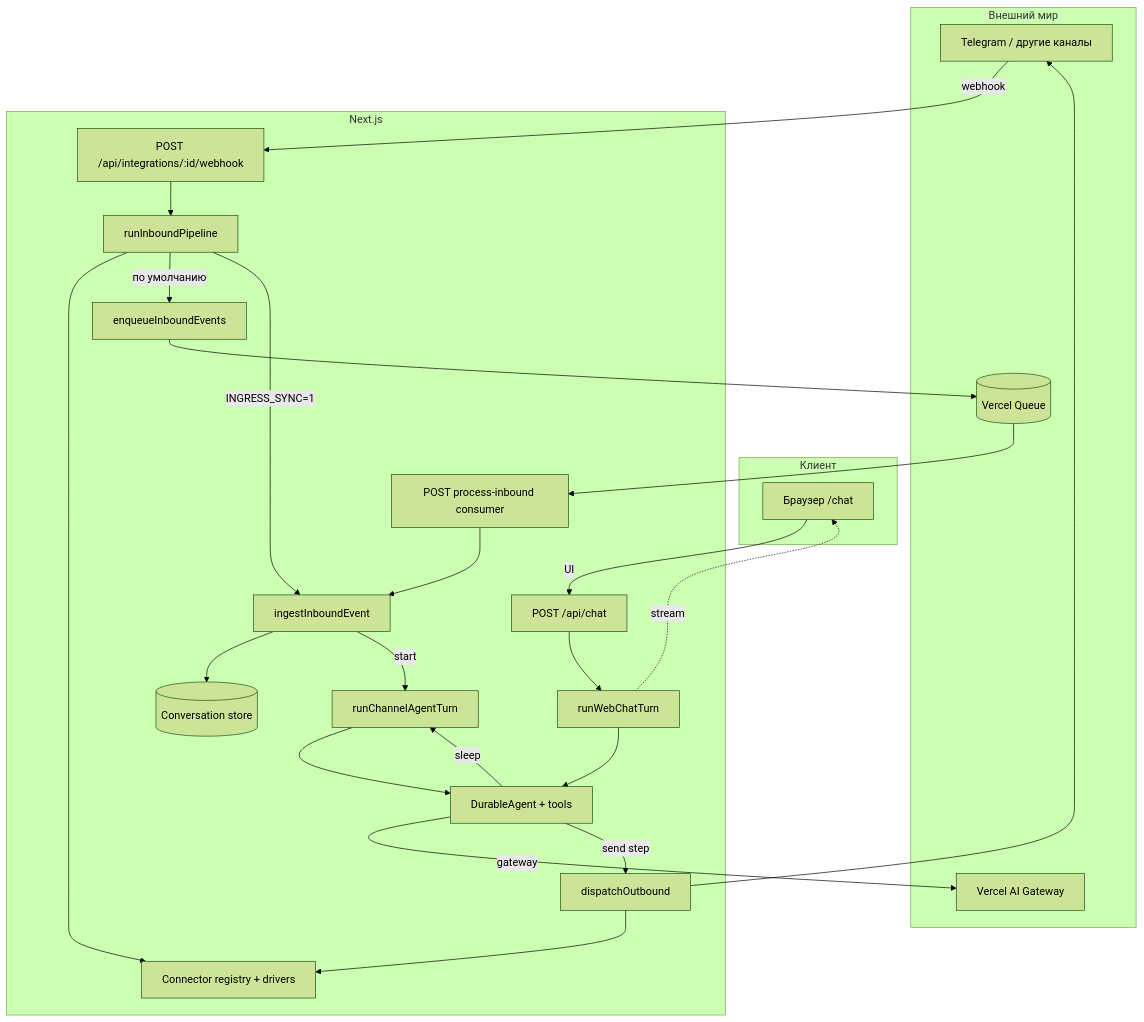
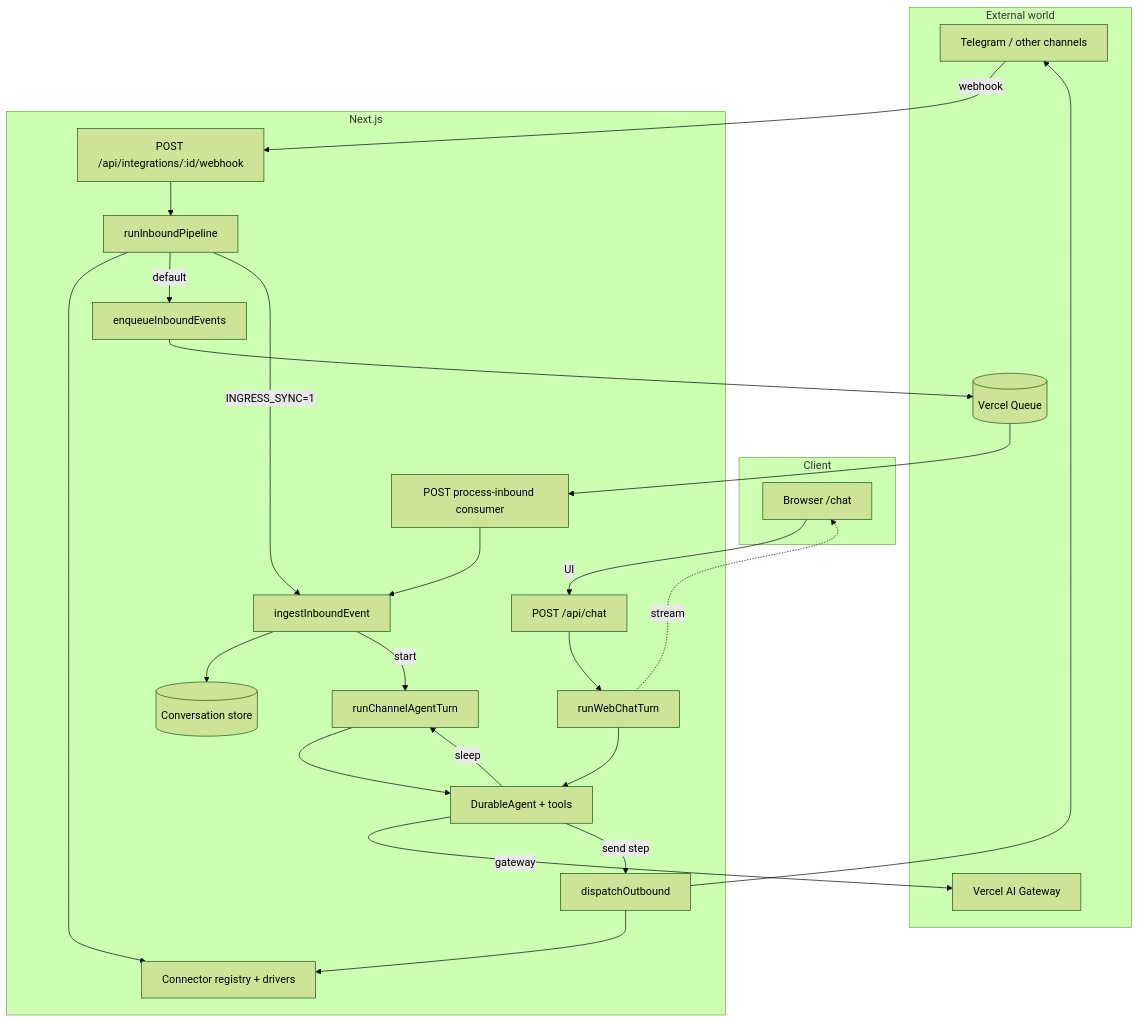
One commit to WorkenAI/chats changed the first of 2 diagrams in README.md. Above: the diagram before and after it, drawn with Mermaid (forest theme). The commit also changed other lines of this file, not shown here.

````diff
--- a/README.md
+++ b/README.md
@@ -9,49 +9,49 @@
 ```mermaid
 flowchart TB
-  subgraph external [Внешний мир]
-    TG[Telegram / другие каналы]
+  subgraph external [External world]
+    TG[Telegram / other channels]
     VQ[(Vercel Queue)]
     GW[Vercel AI Gateway]
   end
 
-  subgraph browser [Клиент]
-    BR[Браузер /chat]
+  subgraph browser [Client]
+    BR[Browser /chat]
   end
 
   subgraph next [Next.js]
     CH["POST /api/chat"]
     WWEB[runWebChatTurn]
     WH["POST /api/integrations/:id/webhook"]
     PL[runInboundPipeline]
     REG[Connector registry + drivers]
     ENQ[enqueueInboundEvents]
     QC["POST process-inbound consumer"]
     ING[ingestInboundEvent]
     ST[(Conversation store)]
     WF[runChannelAgentTurn]
     AG[DurableAgent + tools]
     DP[dispatchOutbound]
   end
 
   BR -->|UI| CH
   CH --> WWEB
   WWEB --> AG
   AG -->|gateway| GW
   WWEB -.->|stream| BR
 
   TG -->|webhook| WH
   WH --> PL
   PL --> REG
-  PL -->|по умолчанию| ENQ
+  PL -->|default| ENQ
   PL -->|INGRESS_SYNC=1| ING
   ENQ --> VQ
   VQ --> QC
   QC --> ING
   ING --> ST
   ING -->|start| WF
   WF --> AG
   AG -->|sleep| WF
   AG -->|send step| DP
   DP --> REG
   DP --> TG
 ```
````
